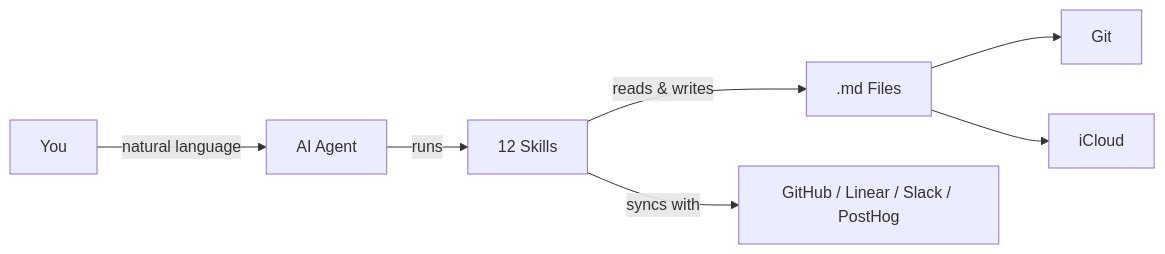
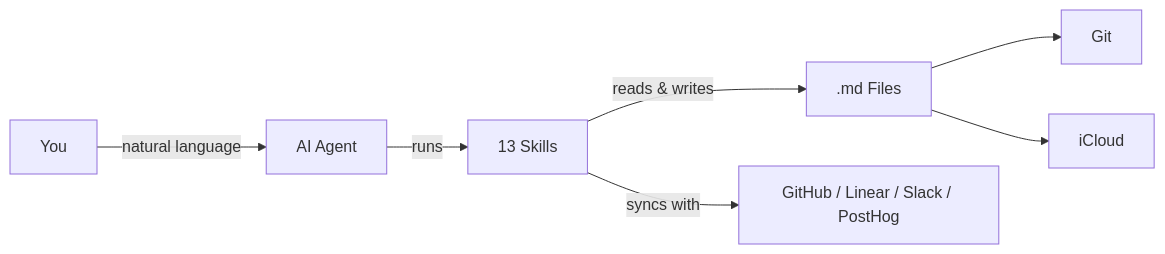
One commit to gius/COG-second-brain changed the first of 2 diagrams in README.md. Above: the diagram before and after it, drawn with Mermaid. The commit also changed other lines of this file and 23 other files, not shown here.

````diff
--- a/README.md
+++ b/README.md
@@ -11,9 +11,9 @@
 ```mermaid
 graph LR
     A[You] -- natural language --> B[AI Agent]
-    B -- runs --> C[12 Skills]
+    B -- runs --> C[13 Skills]
     C -- reads & writes --> D[.md Files]
     C -- syncs with --> G[GitHub / Linear / Slack / PostHog]
     D --> E[Git]
     D --> F[iCloud]
 ```
````
